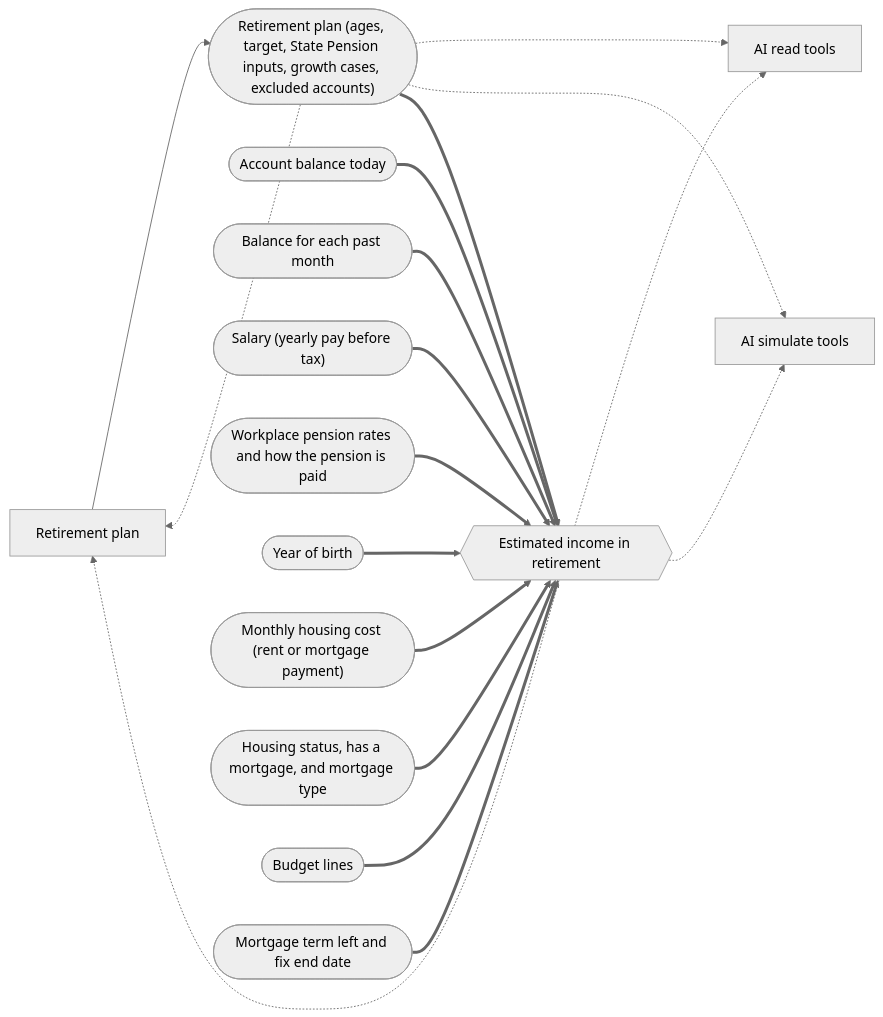
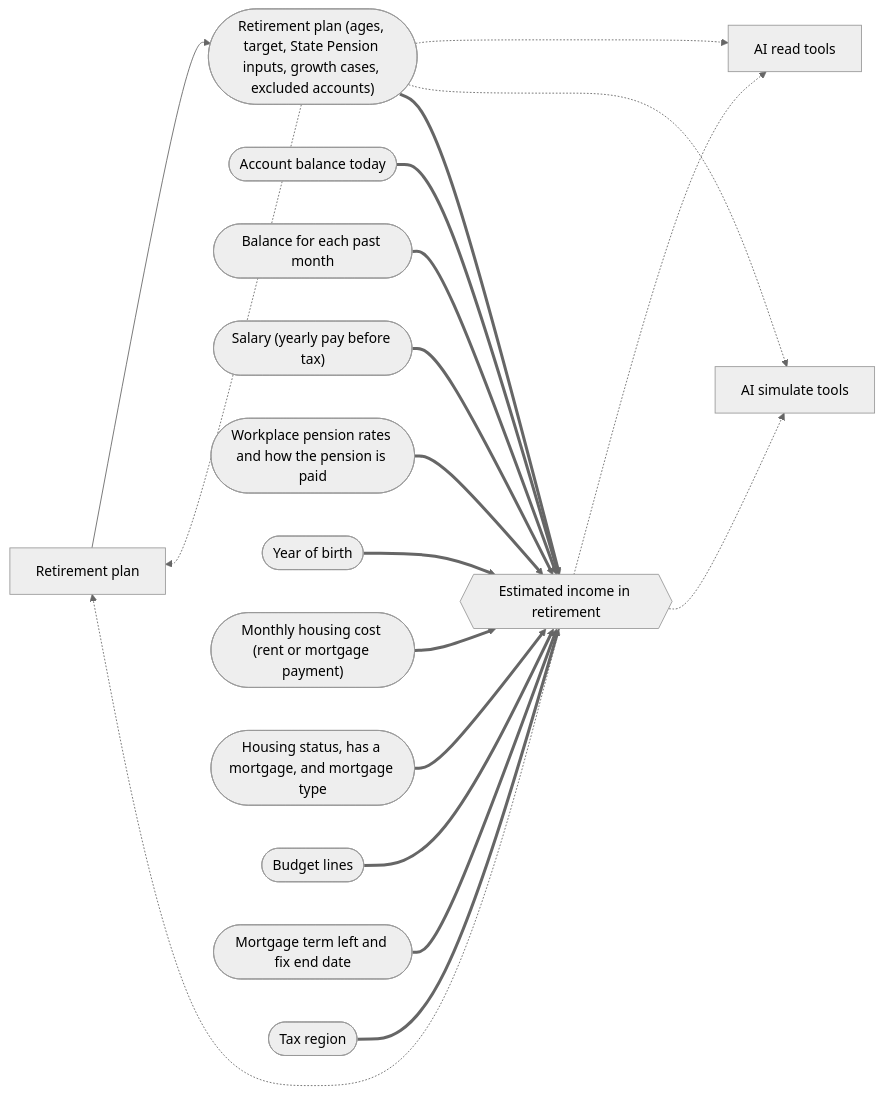
The seventh of 8 diagrams in docs/system/generated/connections.md (mgallagher56/flump), drawn with Mermaid (neutral theme) before and after one commit. The commit also changed other lines of this file and 34 other files, not shown here.

First line of the commit message:
feat(retirement): tax on pension withdrawals, UFPLS and the tax-free lump sum (E33 S6)

````diff
--- a/docs/system/generated/connections.md
+++ b/docs/system/generated/connections.md
@@ -561,34 +562,36 @@
 ```mermaid
 flowchart LR
   s_retirement["Retirement plan"]
   s_mcp_read["AI read tools"]
   s_mcp_simulate["AI simulate tools"]
   f_retirement_plan(["Retirement plan (ages, target, State Pension inputs, growth cases, excluded accounts)"])
   s_retirement --> f_retirement_plan
   f_retirement_plan -.-> s_retirement
   f_retirement_plan -.-> s_mcp_read
   f_retirement_plan -.-> s_mcp_simulate
   g_retirement_income{{"Estimated income in retirement"}}
   f_retirement_plan ==> g_retirement_income
   f_account_balance(["Account balance today"])
   f_account_balance ==> g_retirement_income
   f_balance_history(["Balance for each past month"])
   f_balance_history ==> g_retirement_income
   f_salary(["Salary (yearly pay before tax)"])
   f_salary ==> g_retirement_income
   f_pension_rates(["Workplace pension rates and how the pension is paid"])
   f_pension_rates ==> g_retirement_income
   f_birth_year(["Year of birth"])
   f_birth_year ==> g_retirement_income
   f_housing_cost(["Monthly housing cost (rent or mortgage payment)"])
   f_housing_cost ==> g_retirement_income
   f_housing_status(["Housing status, has a mortgage, and mortgage type"])
   f_housing_status ==> g_retirement_income
   f_budget_entries(["Budget lines"])
   f_budget_entries ==> g_retirement_income
   f_mortgage_term_and_fix_end(["Mortgage term left and fix end date"])
   f_mortgage_term_and_fix_end ==> g_retirement_income
+  f_tax_region(["Tax region"])
+  f_tax_region ==> g_retirement_income
   g_retirement_income -.-> s_retirement
   g_retirement_income -.-> s_mcp_read
   g_retirement_income -.-> s_mcp_simulate
 ```
````
